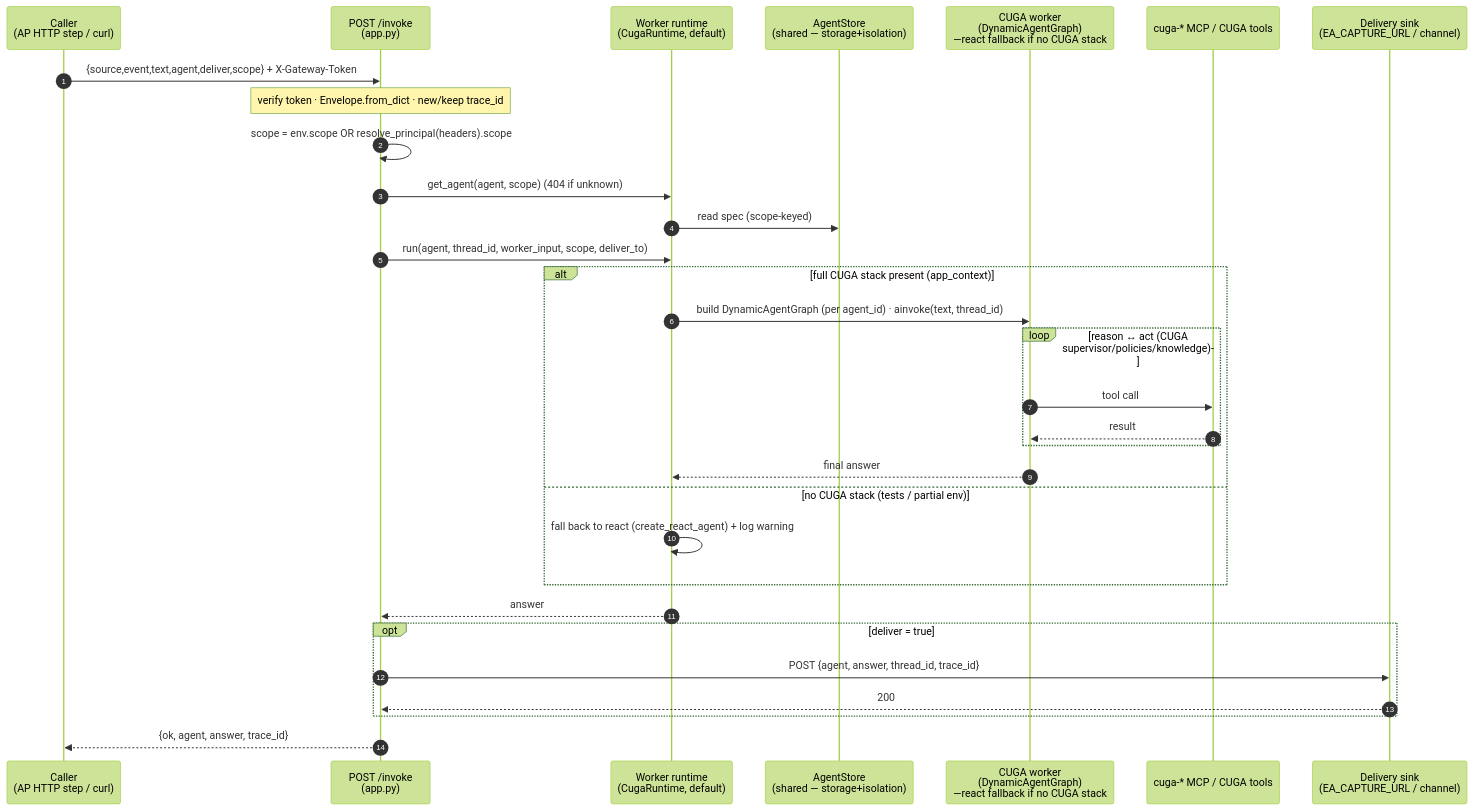
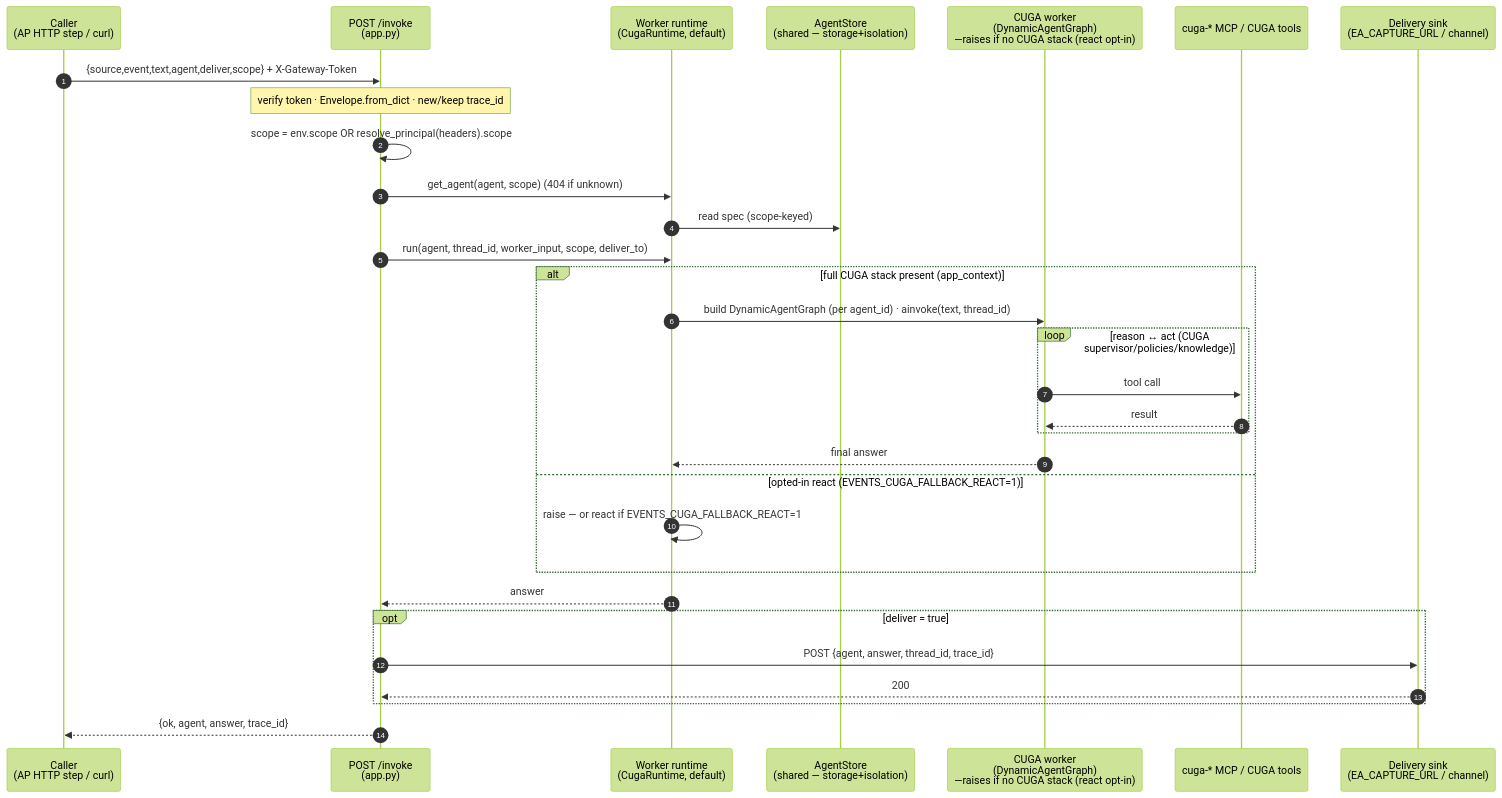
The diagram in events_docs/phase_1_2/01_now_worker_invoke.md (cuga-project/cuga-agent), drawn with Mermaid (forest theme) before and after one commit. The commit also changed other lines of this file and 19 other files, not shown here.

````diff
--- a/events_docs/phase_1_2/01_now_worker_invoke.md
+++ b/events_docs/phase_1_2/01_now_worker_invoke.md
@@ -9,34 +9,34 @@
 ```mermaid
 sequenceDiagram
     autonumber
     participant C as Caller<br/>(AP HTTP step / curl)
     participant I as POST /invoke<br/>(app.py)
     participant RT as Worker runtime<br/>(CugaRuntime, default)
     participant AS as AgentStore<br/>(shared — storage+isolation)
-    participant W as CUGA worker<br/>(DynamicAgentGraph)<br/>—react fallback if no CUGA stack
+    participant W as CUGA worker<br/>(DynamicAgentGraph)<br/>—raises if no CUGA stack (react opt-in)
     participant MCP as cuga-* MCP / CUGA tools
     participant Sink as Delivery sink<br/>(EA_CAPTURE_URL / channel)
 
     C->>I: {source,event,text,agent,deliver,scope} + X-Gateway-Token
     Note over I: verify token · Envelope.from_dict · new/keep trace_id
     I->>I: scope = env.scope OR resolve_principal(headers).scope
     I->>RT: get_agent(agent, scope)  (404 if unknown)
     RT->>AS: read spec (scope-keyed)
     I->>RT: run(agent, thread_id, worker_input, scope, deliver_to)
     alt full CUGA stack present (app_context)
         RT->>W: build DynamicAgentGraph (per agent_id) · ainvoke(text, thread_id)
         loop reason ↔ act (CUGA supervisor/policies/knowledge)
             W->>MCP: tool call
             MCP-->>W: result
         end
         W-->>RT: final answer
-    else no CUGA stack (tests / partial env)
-        RT->>RT: fall back to react (create_react_agent) + log warning
+    else opted-in react (EVENTS_CUGA_FALLBACK_REACT=1)
+        RT->>RT: raise — or react if EVENTS_CUGA_FALLBACK_REACT=1
     end
     RT-->>I: answer
     opt deliver = true
         I->>Sink: POST {agent, answer, thread_id, trace_id}
         Sink-->>I: 200
     end
     I-->>C: {ok, agent, answer, trace_id}
 ```
````
